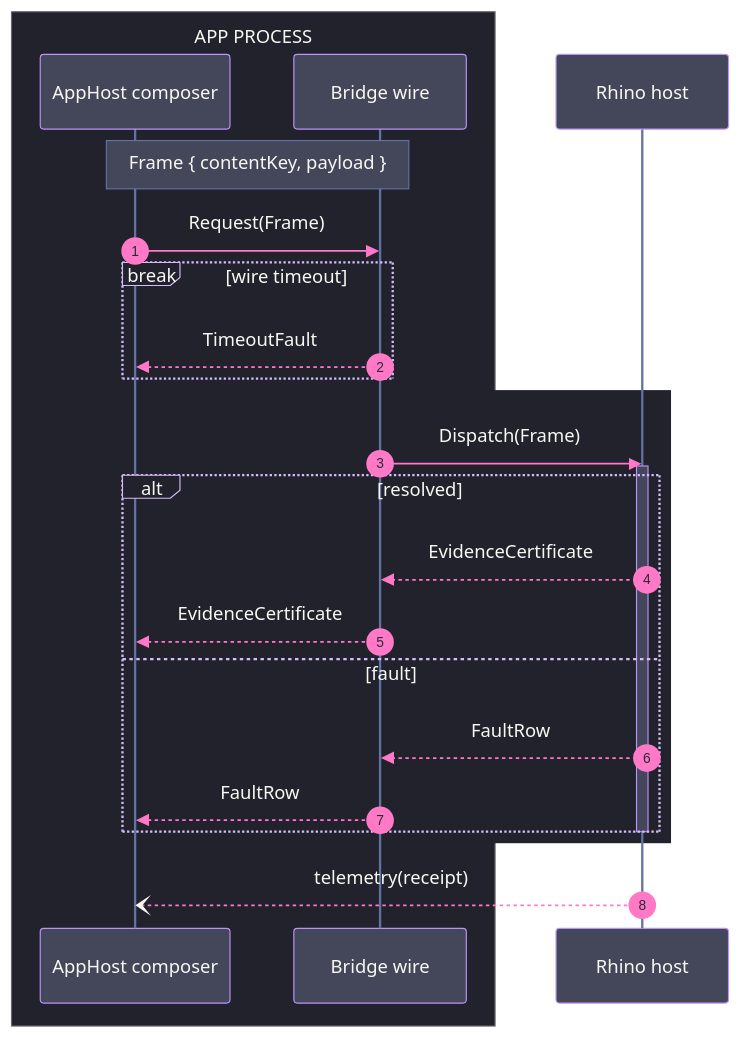
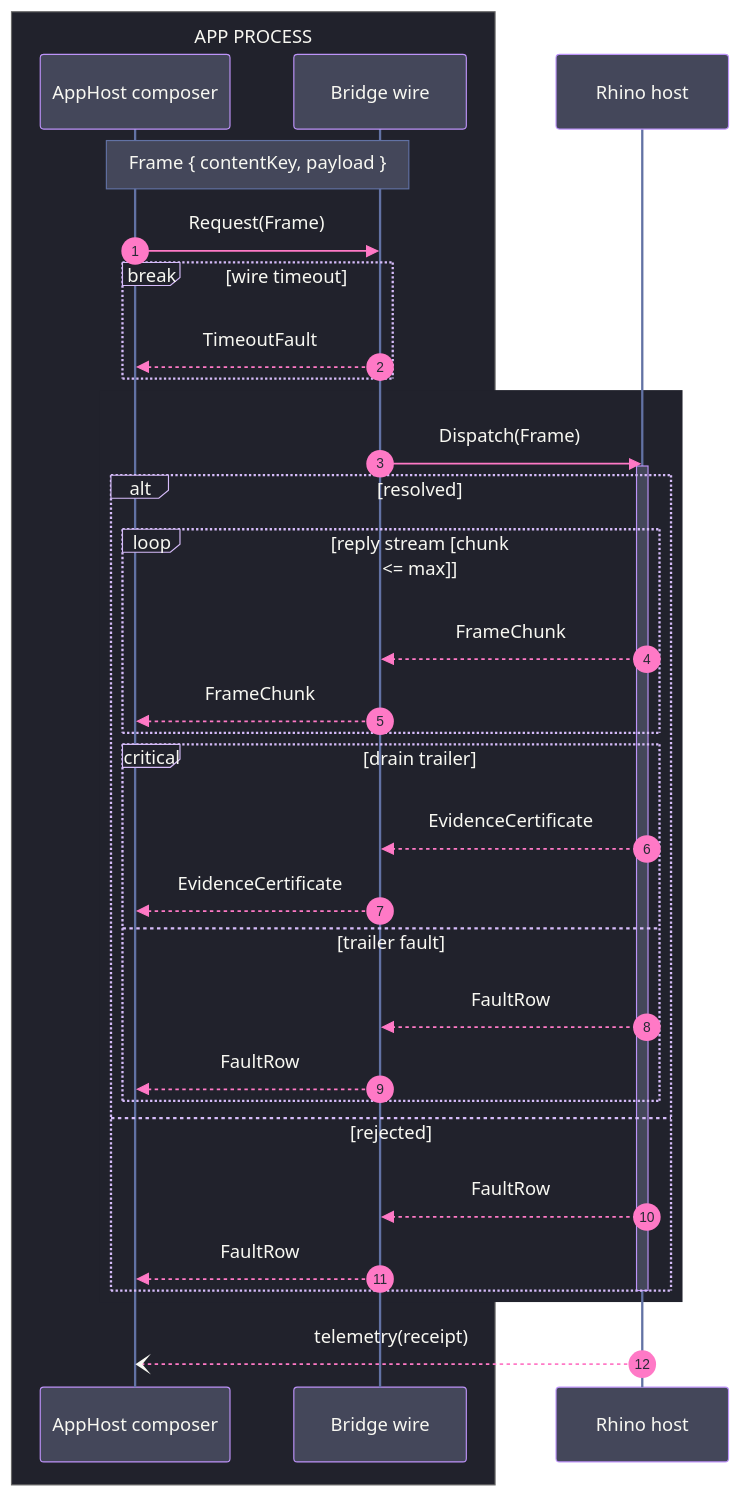
One commit to bsamiee/Rasm changed the diagram in .claude/skills/mermaid-diagramming/templates/wire-sequence.mmd.md. Above: the diagram before and after it, drawn with Mermaid. The commit also changed other lines of this file and 26 other files, not shown here.

First line of the commit message:
skill: mermaid-diagramming full-estate rebuild — 26-attacker adversarial audit, 11.16 alignment, hardened gates

````diff
--- a/.claude/skills/mermaid-diagramming/templates/wire-sequence.mmd.md
+++ b/.claude/skills/mermaid-diagramming/templates/wire-sequence.mmd.md
@@ -5,59 +5,68 @@
 ```mermaid
 ---
 config:
   theme: base
   look: classic
   themeVariables:
     darkMode: true
     fontFamily: "SF Mono, Menlo, Cascadia Mono, Segoe UI Mono, Consolas, monospace"
     useGradient: false
     dropShadow: "none"
     background: "#282A36"
     primaryColor: "#44475A"
     primaryTextColor: "#F8F8F2"
     noteBkgColor: "#44475A"
     noteTextColor: "#F8F8F2"
     noteBorderColor: "#6272A4"
     actorBkg: "#44475A"
     actorBorder: "#BD93F9"
     actorTextColor: "#F8F8F2"
     actorLineColor: "#6272A4"
     signalColor: "#FF79C6"
     signalTextColor: "#F8F8F2"
     sequenceNumberColor: "#282A36"
     activationBkgColor: "#44475A"
     activationBorderColor: "#BD93F9"
     loopTextColor: "#F8F8F2"
     labelBoxBkgColor: "#21222C"
     labelBoxBorderColor: "#D6BCFA"
     labelTextColor: "#F8F8F2"
   themeCSS: "text.actor tspan{font-size:13px;font-weight:600}.messageText{font-size:12px;font-weight:500}.noteText{font-size:12px}.loopText,.labelText{font-size:12px;font-weight:500}.messageLine0{stroke-width:2px}.messageLine1{stroke-width:1.5px;stroke-dasharray:4 6}.actor{stroke-width:1.5px}rect.actor{filter:none!important}[id$='-filled-head'] path{fill:#FF79C6;stroke:#FF79C6}"
 ---
 sequenceDiagram
     accTitle: Bridge wire exchange
-    accDescr: The app host dispatching a certified frame through the bridge wire to the Rhino host, with a timeout break, a success versus fault alternative, an async telemetry send, and the frame shape noted over the wire.
+    accDescr: The app host dispatching a certified frame through the bridge wire to the Rhino host, with a timeout break, a bounded reply-stream loop, a mandatory trailer drain with its fault option, a rejected alternative, an async telemetry send, and the frame shape noted over the wire.
     autonumber
     box rgb(33, 34, 44) APP PROCESS
         participant C as AppHost composer
         participant W as Bridge wire
     end
     participant R as Rhino host
     Note over C,W: Frame { contentKey, payload }
     C->>W: Request(Frame)
     break wire timeout
         W-->>C: TimeoutFault
     end
     rect rgb(33, 34, 44)
         W->>R: Dispatch(Frame)
         activate R
         alt resolved
-            R-->>W: EvidenceCertificate
-            W-->>C: EvidenceCertificate
-        else fault
+            loop reply stream [chunk <= max]
+                R-->>W: FrameChunk
+                W-->>C: FrameChunk
+            end
+            critical drain trailer
+                R-->>W: EvidenceCertificate
+                W-->>C: EvidenceCertificate
+            option trailer fault
+                R-->>W: FaultRow
+                W-->>C: FaultRow
+            end
+        else rejected
             R-->>W: FaultRow
             W-->>C: FaultRow
         end
         deactivate R
     end
     R--)C: telemetry(receipt)
 ```
````
